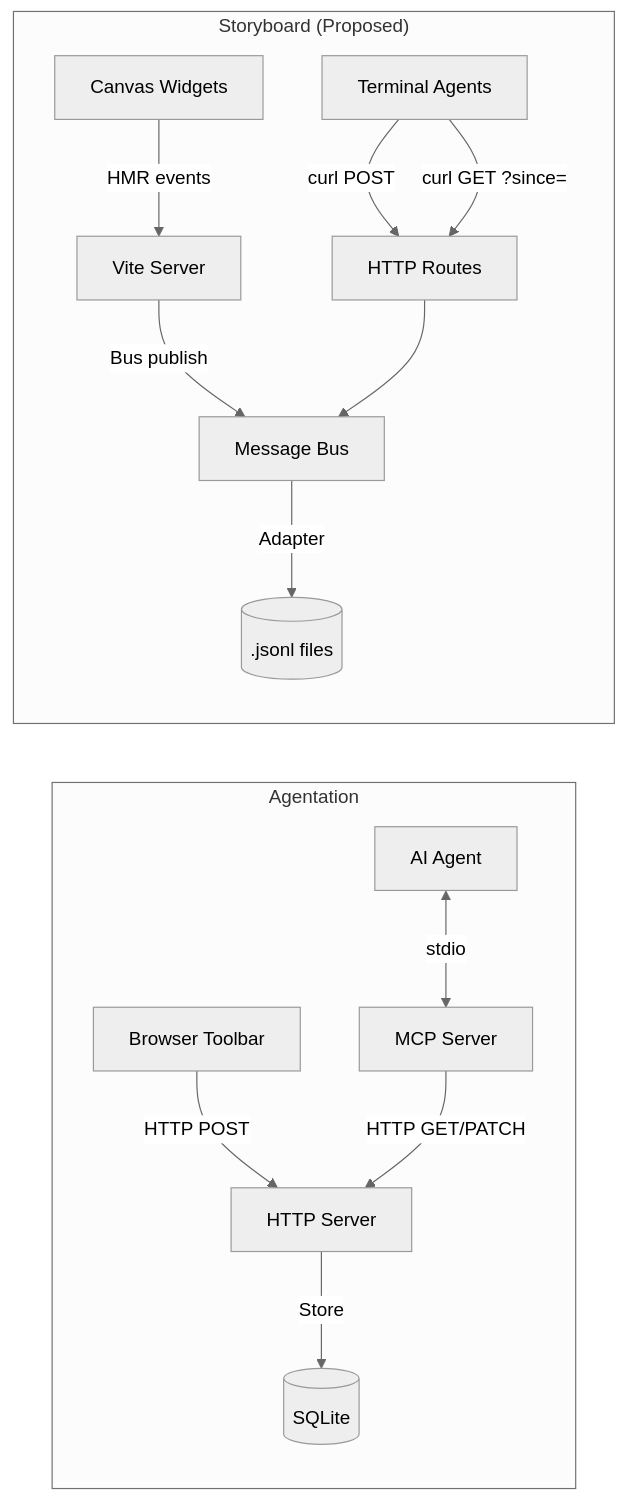
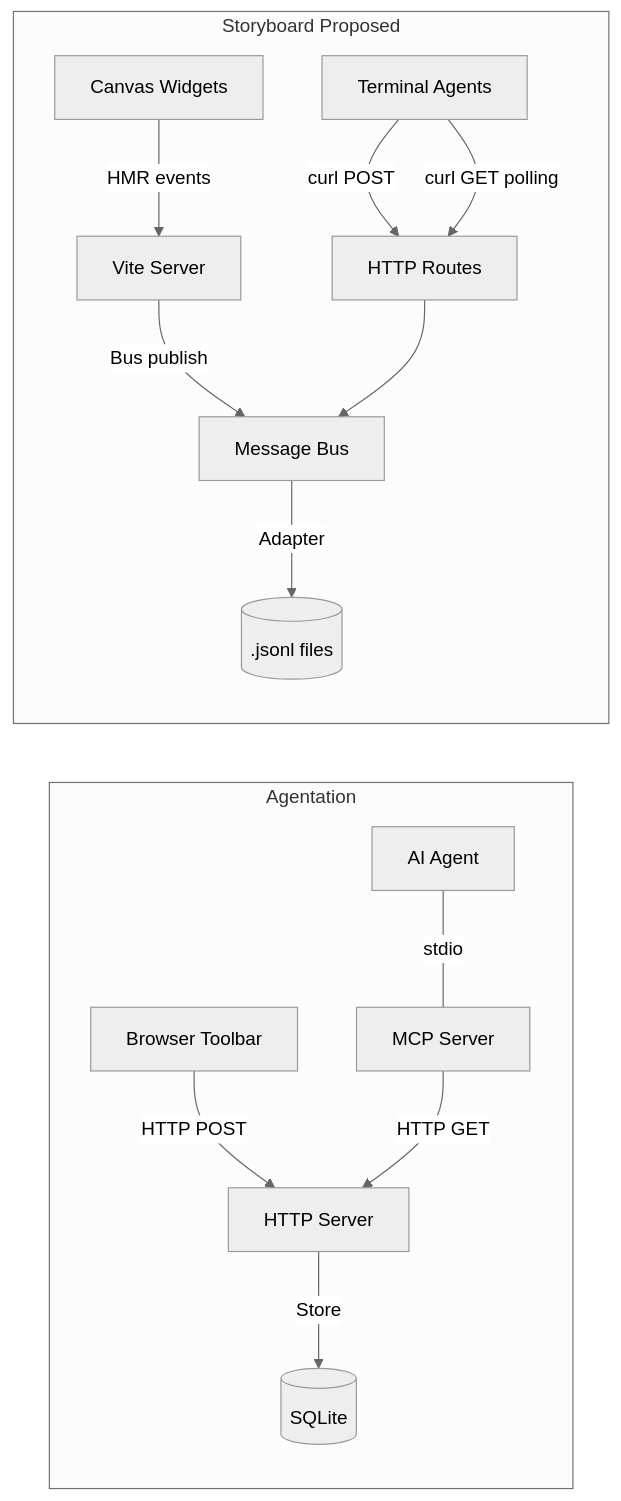
One commit to dfosco/storyboard-source changed the third of 3 diagrams in .agents/plans/0.5.0/0.5.0--messaging-bus-research.md. Above: the diagram before and after it, drawn with Mermaid (neutral theme). The commit also changed other lines of this file, not shown here.

Commit message:
fix: mermaid diagram syntax errors in research report

````diff
--- a/.agents/plans/0.5.0/0.5.0--messaging-bus-research.md
+++ b/.agents/plans/0.5.0/0.5.0--messaging-bus-research.md
@@ -557,18 +557,18 @@
 ```mermaid
 graph LR
-    subgraph "Agentation"
+    subgraph Agentation
         BT[Browser Toolbar] -->|HTTP POST| HS[HTTP Server]
         HS -->|Store| ST[(SQLite)]
-        MS[MCP Server] -->|HTTP GET/PATCH| HS
-        AG[AI Agent] <-->|stdio| MS
+        MS[MCP Server] -->|HTTP GET| HS
+        AG[AI Agent] ---|stdio| MS
     end
 
-    subgraph "Storyboard (Proposed)"
+    subgraph Storyboard Proposed
         CW[Canvas Widgets] -->|HMR events| VS[Vite Server]
         VS -->|Bus publish| MB[Message Bus]
         MB -->|Adapter| JL[(.jsonl files)]
         TA[Terminal Agents] -->|curl POST| RT[HTTP Routes]
         RT --> MB
-        TA -->|curl GET ?since=| RT
+        TA -->|curl GET polling| RT
     end
 ```
````
